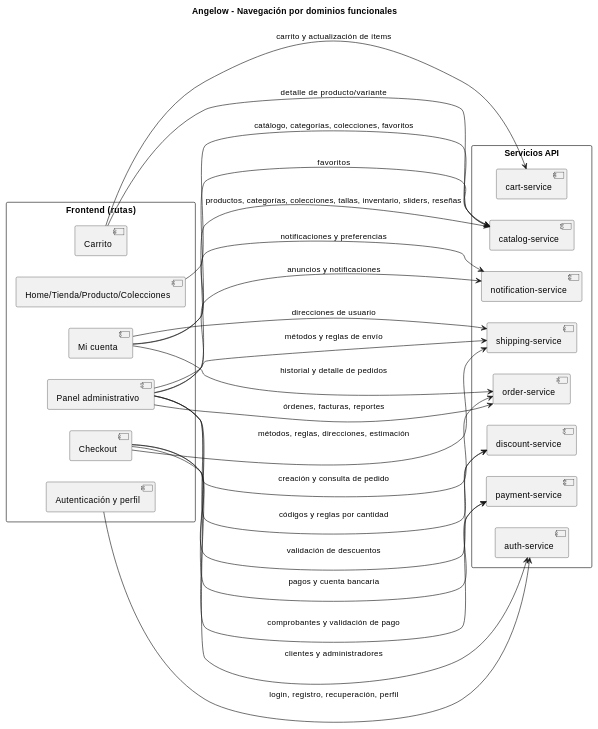
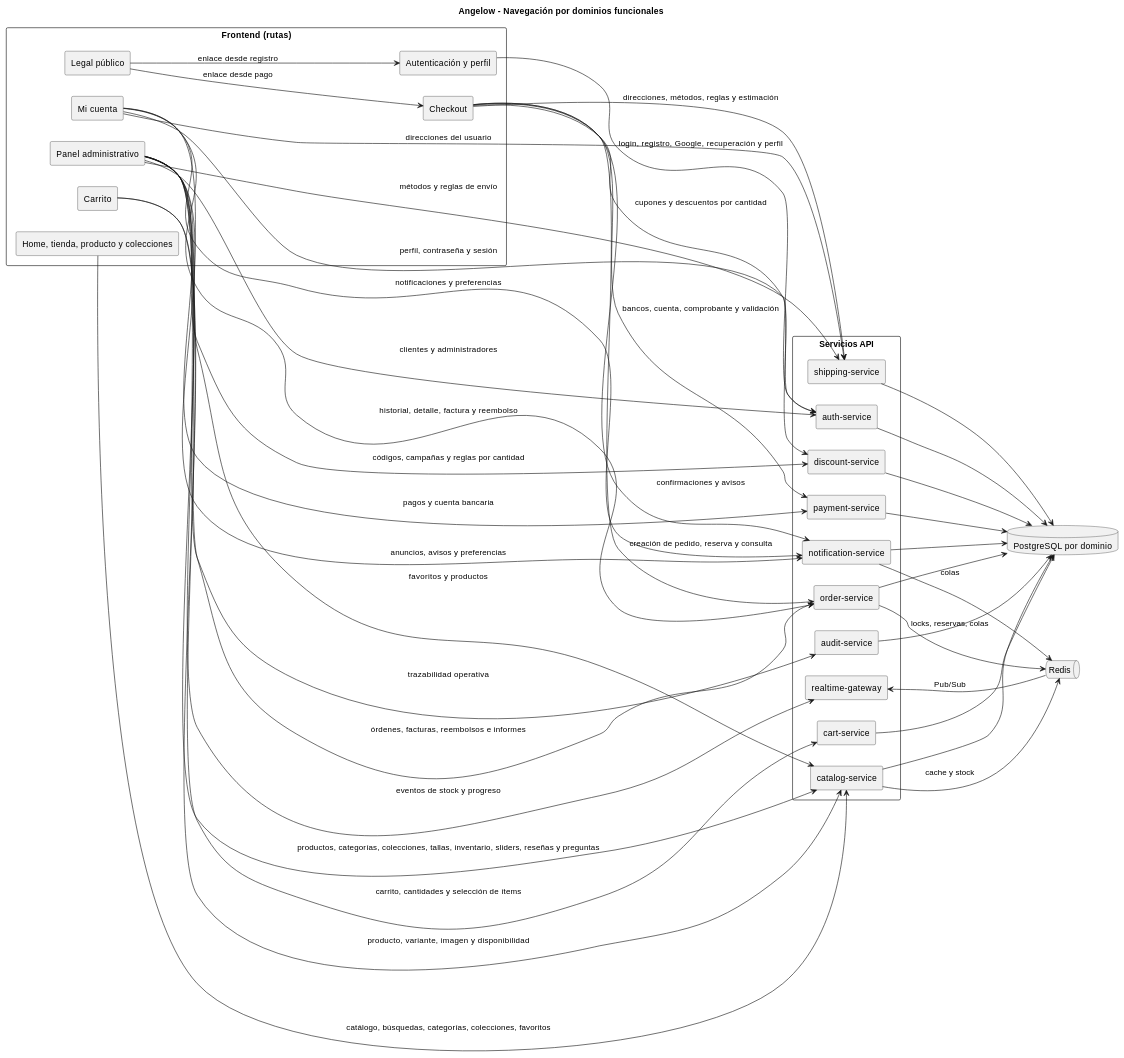
Before and after one commit to Braian551/Angelow_microservices: the second of 4 diagrams in docs/arquitectura/mapas-navegacion-sistema-plantuml.md, drawn with PlantUML. The commit also changed other lines of this file, not shown here.

````diff
--- a/docs/arquitectura/mapas-navegacion-sistema-plantuml.md
+++ b/docs/arquitectura/mapas-navegacion-sistema-plantuml.md
@@ -167,52 +221,80 @@
 ```plantuml
 @startuml
 title Angelow - Navegación por dominios funcionales
 left to right direction
 skinparam packageStyle rectangle
+skinparam componentStyle rectangle
 skinparam shadowing false
 
 package "Frontend (rutas)" {
-  [Home/Tienda/Producto/Colecciones] as nav_catalog
+  [Home, tienda, producto y colecciones] as nav_catalog
   [Carrito] as nav_cart
   [Checkout] as nav_checkout
   [Autenticación y perfil] as nav_auth
   [Mi cuenta] as nav_account
+  [Legal público] as nav_legal
   [Panel administrativo] as nav_admin
 }
 
 package "Servicios API" {
   [auth-service] as svc_auth
   [catalog-service] as svc_catalog
   [cart-service] as svc_cart
   [order-service] as svc_order
   [payment-service] as svc_payment
   [discount-service] as svc_discount
   [shipping-service] as svc_shipping
   [notification-service] as svc_notification
+  [audit-service] as svc_audit
+  [realtime-gateway] as svc_realtime
 }
 
-nav_catalog --> svc_catalog : catálogo, categorías, colecciones, favoritos
-nav_cart --> svc_cart : carrito y actualización de ítems
-nav_cart --> svc_catalog : detalle de producto/variante
+database "PostgreSQL por dominio" as postgres
+queue "Redis" as redis
 
-nav_checkout --> svc_shipping : métodos, reglas, direcciones, estimación
-nav_checkout --> svc_discount : validación de descuentos
-nav_checkout --> svc_order : creación y consulta de pedido
-nav_checkout --> svc_payment : comprobantes y validación de pago
+nav_catalog --> svc_catalog : catálogo, búsquedas, categorías, colecciones, favoritos
+nav_cart --> svc_cart : carrito, cantidades y selección de ítems
+nav_cart --> svc_catalog : producto, variante, imagen y disponibilidad
 
-nav_auth --> svc_auth : login, registro, recuperación, perfil
+nav_checkout --> svc_shipping : direcciones, métodos, reglas y estimación
+nav_checkout --> svc_discount : cupones y descuentos por cantidad
+nav_checkout --> svc_order : creación de pedido, reserva y consulta
+nav_checkout --> svc_payment : bancos, cuenta, comprobante y validación
+nav_checkout --> svc_notification : confirmaciones y avisos
 
-nav_account --> svc_order : historial y detalle de pedidos
-nav_account --> svc_shipping : direcciones de usuario
+nav_auth --> svc_auth : login, registro, Google, recuperación y perfil
+nav_legal --> nav_auth : enlace desde registro
+nav_legal --> nav_checkout : enlace desde pago
+
+nav_account --> svc_order : historial, detalle, factura y reembolso
+nav_account --> svc_shipping : direcciones del usuario
 nav_account --> svc_notification : notificaciones y preferencias
-nav_account --> svc_catalog : favoritos
+nav_account --> svc_catalog : favoritos y productos
+nav_account --> svc_auth : perfil, contraseña y sesión
 
 nav_admin --> svc_auth : clientes y administradores
-nav_admin --> svc_catalog : productos, categorías, colecciones, tallas, inventario, sliders, reseñas
-nav_admin --> svc_order : órdenes, facturas, reportes
+nav_admin --> svc_catalog : productos, categorías, colecciones, tallas, inventario, sliders, reseñas y preguntas
+nav_admin --> svc_order : órdenes, facturas, reembolsos e informes
 nav_admin --> svc_payment : pagos y cuenta bancaria
-nav_admin --> svc_discount : códigos y reglas por cantidad
+nav_admin --> svc_discount : códigos, campañas y reglas por cantidad
 nav_admin --> svc_shipping : métodos y reglas de envío
-nav_admin --> svc_notification : anuncios y notificaciones
+nav_admin --> svc_notification : anuncios, avisos y preferencias
+nav_admin --> svc_audit : trazabilidad operativa
+nav_admin --> svc_realtime : eventos de stock y progreso
+
+svc_auth --> postgres
+svc_catalog --> postgres
+svc_cart --> postgres
+svc_order --> postgres
+svc_payment --> postgres
+svc_discount --> postgres
+svc_shipping --> postgres
+svc_notification --> postgres
+svc_audit --> postgres
+
+svc_order --> redis : locks, reservas, colas
+svc_catalog --> redis : cache y stock
+svc_notification --> redis : colas
+redis --> svc_realtime : Pub/Sub
 @enduml
 ```
````
